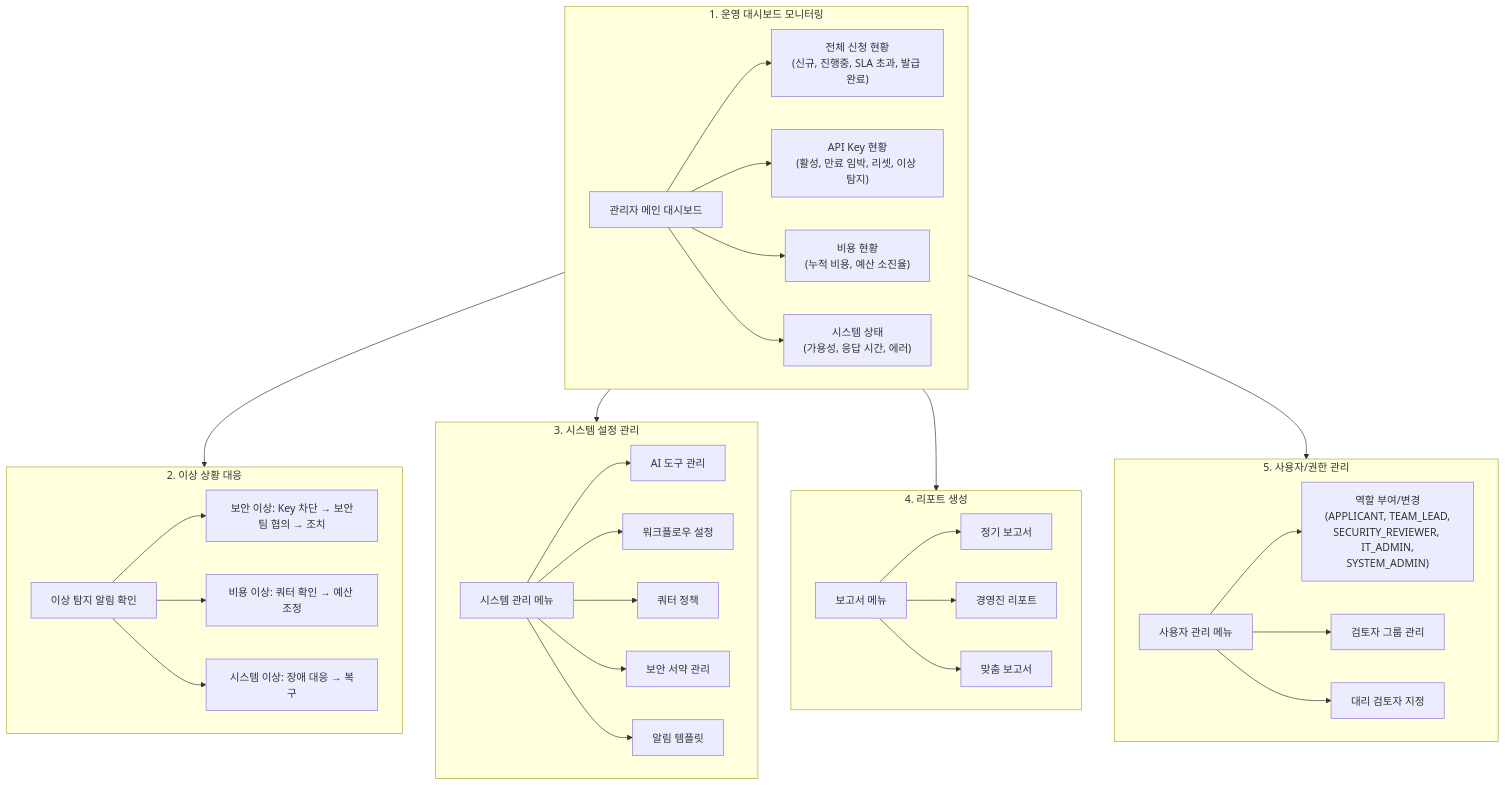
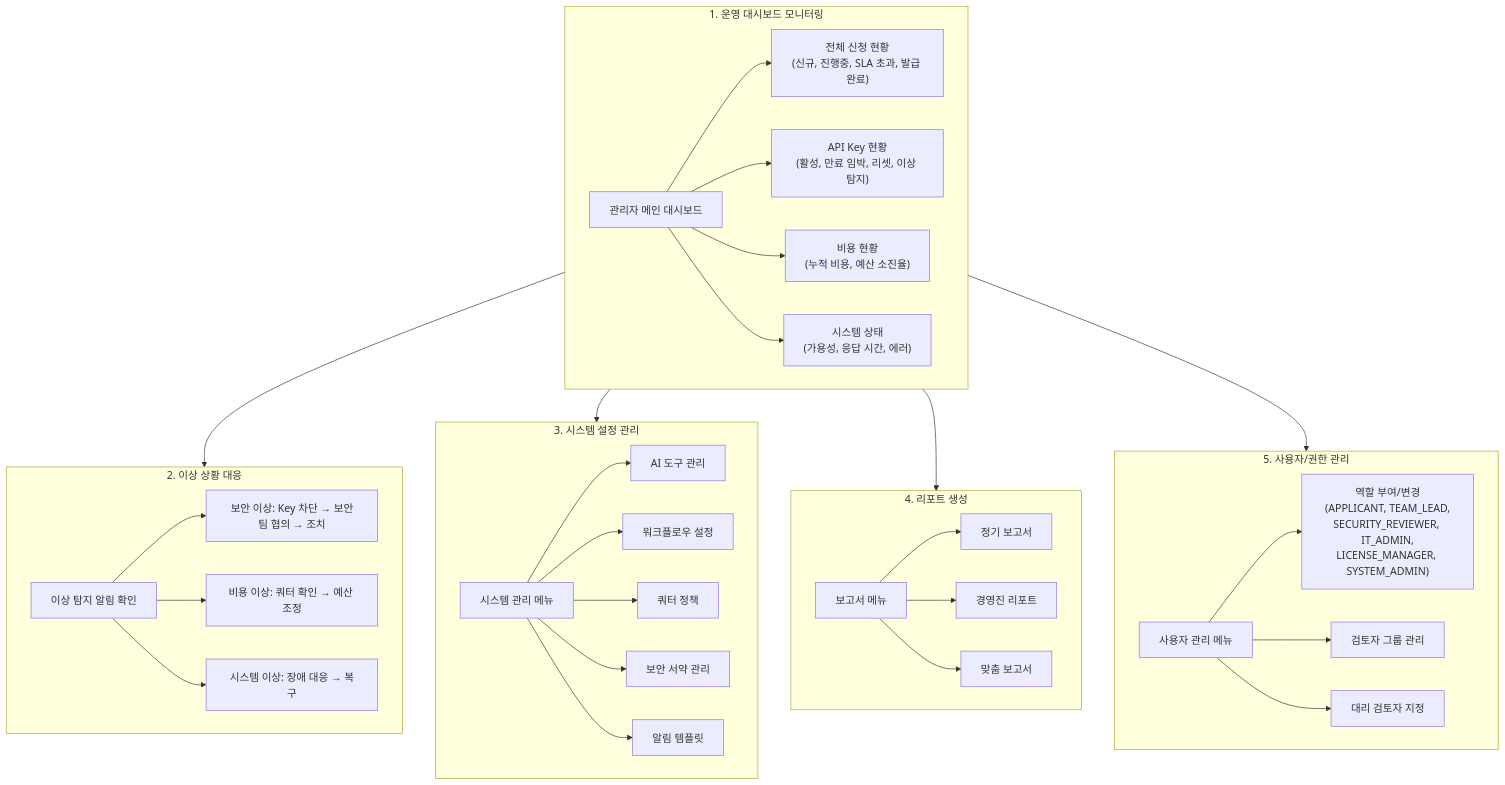
Before and after one commit to nuriguri1228/codehub-manage-aitool: diagram 11 of 11 in docs/01_프로젝트_기획안.md, drawn with Mermaid. The commit also changed other lines of this file and 20 other files, not shown here.

First line of the commit message:
Add LICENSE_MANAGER role and replace FINAL_APPROVAL with LICENSE_ISSUANCE

````diff
--- a/docs/01_프로젝트_기획안.md
+++ b/docs/01_프로젝트_기획안.md
@@ -1015,45 +1029,45 @@
 ```mermaid
 flowchart TD
     subgraph M1["1. 운영 대시보드 모니터링"]
         A1["관리자 메인 대시보드"]
         A1 --> A2["전체 신청 현황<br/>(신규, 진행중, SLA 초과, 발급 완료)"]
         A1 --> A3["API Key 현황<br/>(활성, 만료 임박, 리셋, 이상 탐지)"]
         A1 --> A4["비용 현황<br/>(누적 비용, 예산 소진율)"]
         A1 --> A5["시스템 상태<br/>(가용성, 응답 시간, 에러)"]
     end
 
     subgraph M2["2. 이상 상황 대응"]
         B1["이상 탐지 알림 확인"]
         B1 --> B2["보안 이상: Key 차단 → 보안팀 협의 → 조치"]
         B1 --> B3["비용 이상: 쿼터 확인 → 예산 조정"]
         B1 --> B4["시스템 이상: 장애 대응 → 복구"]
     end
 
     subgraph M3["3. 시스템 설정 관리"]
         C1["시스템 관리 메뉴"]
         C1 --> C2["AI 도구 관리"]
         C1 --> C3["워크플로우 설정"]
         C1 --> C4["쿼터 정책"]
         C1 --> C5["보안 서약 관리"]
         C1 --> C6["알림 템플릿"]
     end
 
     subgraph M4["4. 리포트 생성"]
         D1["보고서 메뉴"]
         D1 --> D2["정기 보고서"]
         D1 --> D3["경영진 리포트"]
         D1 --> D4["맞춤 보고서"]
     end
 
     subgraph M5["5. 사용자/권한 관리"]
         E1["사용자 관리 메뉴"]
-        E1 --> E2["역할 부여/변경<br/>(APPLICANT, TEAM_LEAD,<br/>SECURITY_REVIEWER, IT_ADMIN,<br/>SYSTEM_ADMIN)"]
+        E1 --> E2["역할 부여/변경<br/>(APPLICANT, TEAM_LEAD,<br/>SECURITY_REVIEWER, IT_ADMIN,<br/>LICENSE_MANAGER, SYSTEM_ADMIN)"]
         E1 --> E3["검토자 그룹 관리"]
         E1 --> E4["대리 검토자 지정"]
     end
 
     M1 --> M2
     M1 --> M3
     M1 --> M4
     M1 --> M5
 ```
````
